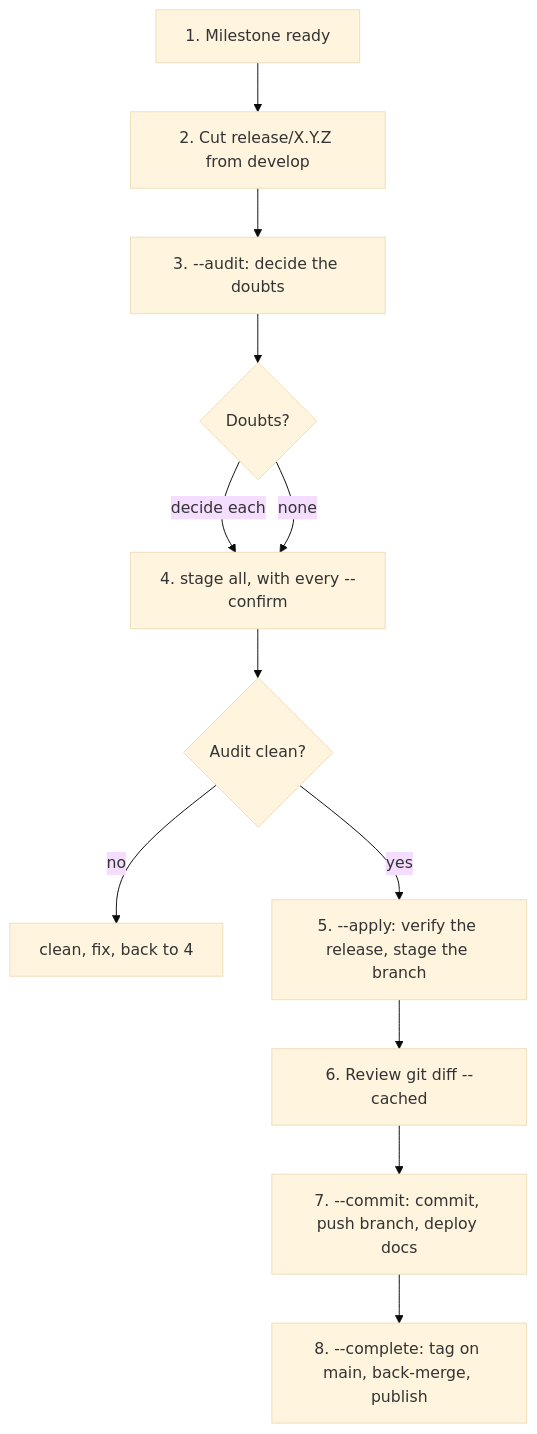
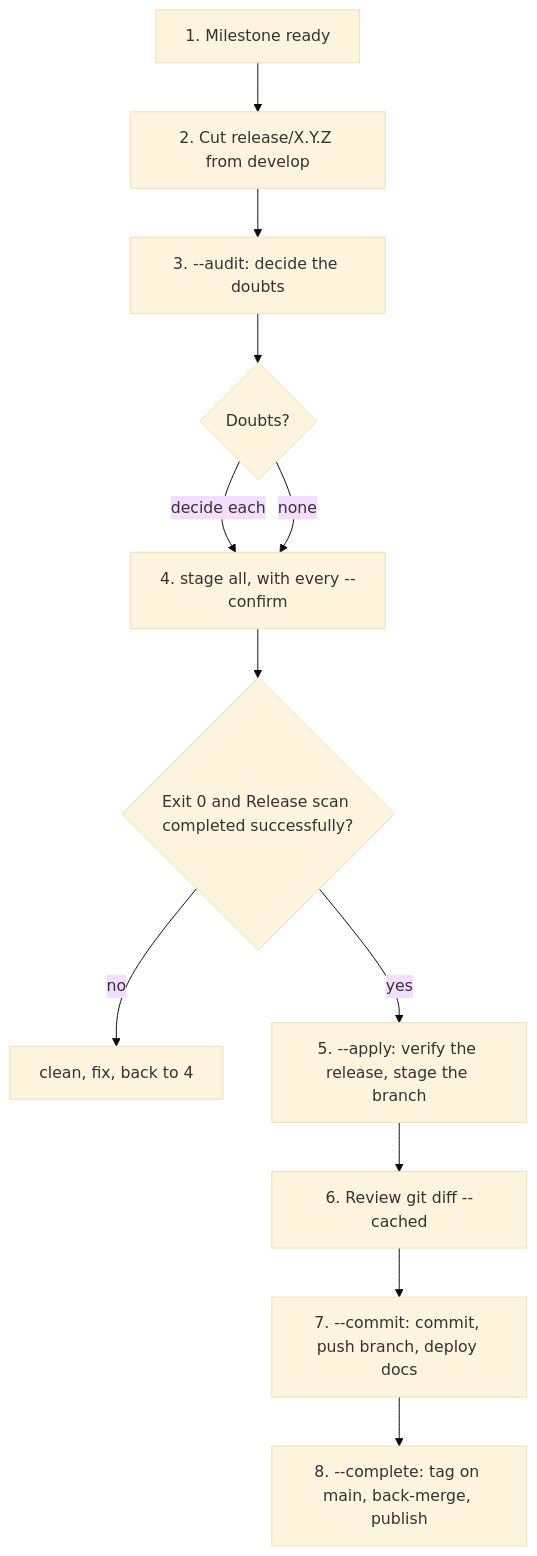
One commit to rdkcentral/rdk-halif-aidl changed the diagram in docs/governance/release-runbook.md. Above: the diagram before and after it, drawn with Mermaid (base theme). The commit also changed other lines of this file, not shown here.

Commit message:
Update #1076: Gate staging on its final message
Audit clean is printed before staging writes files and builds the
snapshots, so it appeared on a 0.23.1 attempt whose six snapshot
builds then failed. Step 4 and the flowchart now require exit 0 and
the closing "Release scan completed successfully." line.

````diff
--- a/docs/governance/release-runbook.md
+++ b/docs/governance/release-runbook.md
@@ -5,14 +5,14 @@
 ```mermaid
 flowchart TD
     A[1. Milestone ready] --> B[2. Cut release/X.Y.Z from develop]
     B --> C[3. --audit: decide the doubts]
     C --> D{Doubts?}
     D -- decide each --> E[4. stage all, with every --confirm]
     D -- none --> E
-    E --> F{Audit clean?}
+    E --> F{Exit 0 and Release scan completed successfully?}
     F -- no --> R[clean, fix, back to 4]
     F -- yes --> G[5. --apply: verify the release, stage the branch]
     G --> H[6. Review git diff --cached]
     H --> I[7. --commit: commit, push branch, deploy docs]
     I --> J[8. --complete: tag on main, back-merge, publish]
 ```
````
